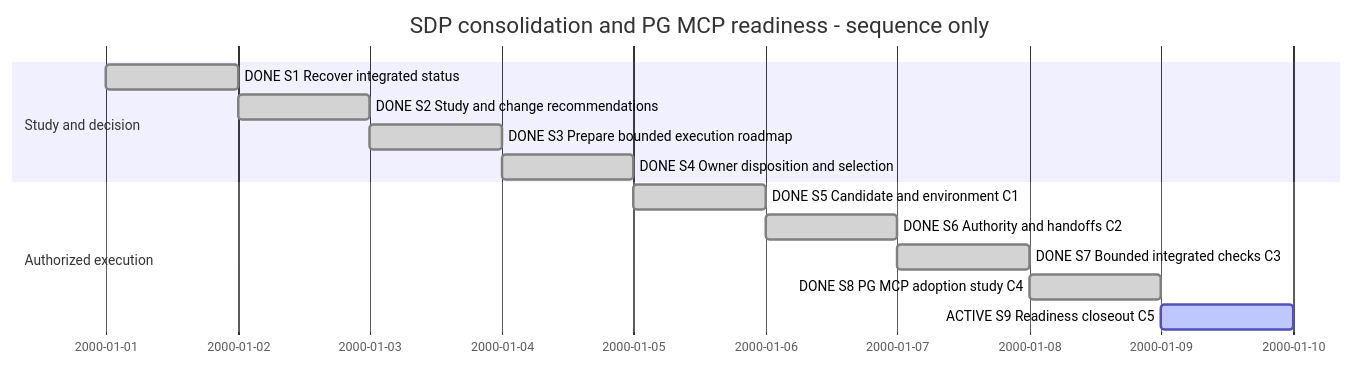
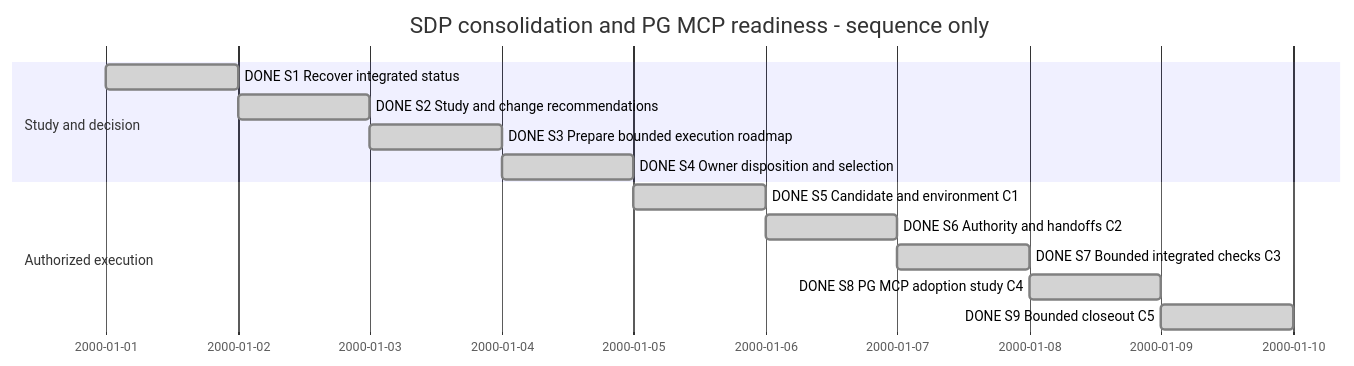
The diagram in SDP/Sessions/session-#0013--SDP_consolidation_and_Ponsse_readiness.md (Hans-Einar/SDP), drawn with Mermaid before and after one commit. The commit also changed other lines of this file and 10 other files, not shown here.

````diff
--- a/SDP/Sessions/session-#0013--SDP_consolidation_and_Ponsse_readiness.md
+++ b/SDP/Sessions/session-#0013--SDP_consolidation_and_Ponsse_readiness.md
@@ -9,16 +9,16 @@
 ```mermaid
 gantt
     title SDP consolidation and PG MCP readiness - sequence only
     dateFormat YYYY-MM-DD
     section Study and decision
     DONE S1 Recover integrated status :done,s1,2000-01-01,1d
     DONE S2 Study and change recommendations :done,s2,after s1,1d
     DONE S3 Prepare bounded execution roadmap :done,s3,after s2,1d
     DONE S4 Owner disposition and selection :done,s4,after s3,1d
     section Authorized execution
     DONE S5 Candidate and environment C1 :done,s5,after s4,1d
     DONE S6 Authority and handoffs C2 :done,s6,after s5,1d
     DONE S7 Bounded integrated checks C3 :done,s7,after s6,1d
     DONE S8 PG MCP adoption study C4 :done,s8,after s7,1d
-    ACTIVE S9 Readiness closeout C5 :active,s9,after s8,1d
+    DONE S9 Bounded closeout C5 :done,s9,after s8,1d
 ```
````
